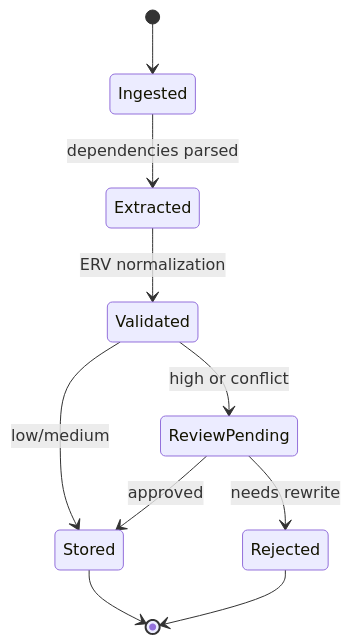
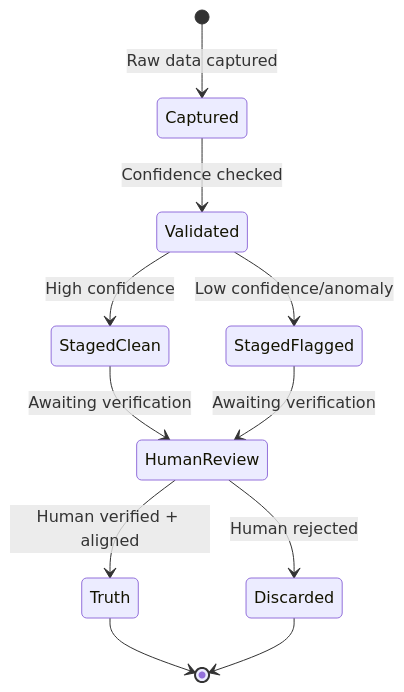
The third of 3 diagrams in README.md (Lizo-RoadTown/PROVES_LIBRARY), drawn with Mermaid before and after one commit. The commit also changed other lines of this file and 10 other files, not shown here.

````diff
--- a/README.md
+++ b/README.md
@@ -193,12 +197,13 @@
 ```mermaid
 stateDiagram-v2
-  [*] --> Ingested
-  Ingested --> Extracted: dependencies parsed
-  Extracted --> Validated: ERV normalization
-  Validated --> ReviewPending: high or conflict
-  Validated --> Stored: low/medium
-  ReviewPending --> Stored: approved
-  ReviewPending --> Rejected: needs rewrite
-  Stored --> [*]
-  Rejected --> [*]
+  [*] --> Captured: Raw data captured
+  Captured --> Validated: Confidence checked
+  Validated --> StagedClean: High confidence
+  Validated --> StagedFlagged: Low confidence/anomaly
+  StagedClean --> HumanReview: Awaiting verification
+  StagedFlagged --> HumanReview: Awaiting verification
+  HumanReview --> Truth: Human verified + aligned
+  HumanReview --> Discarded: Human rejected
+  Truth --> [*]
+  Discarded --> [*]
 ```
````
